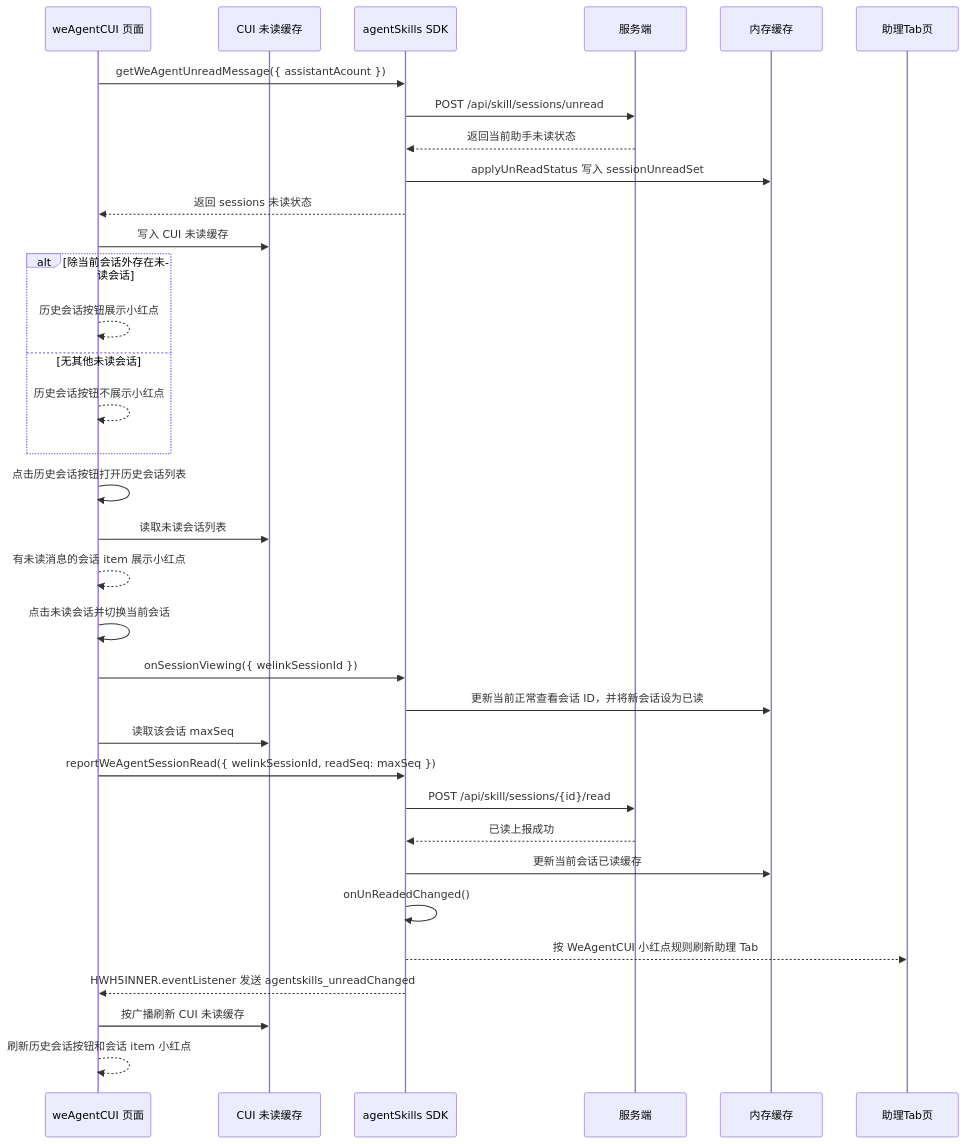
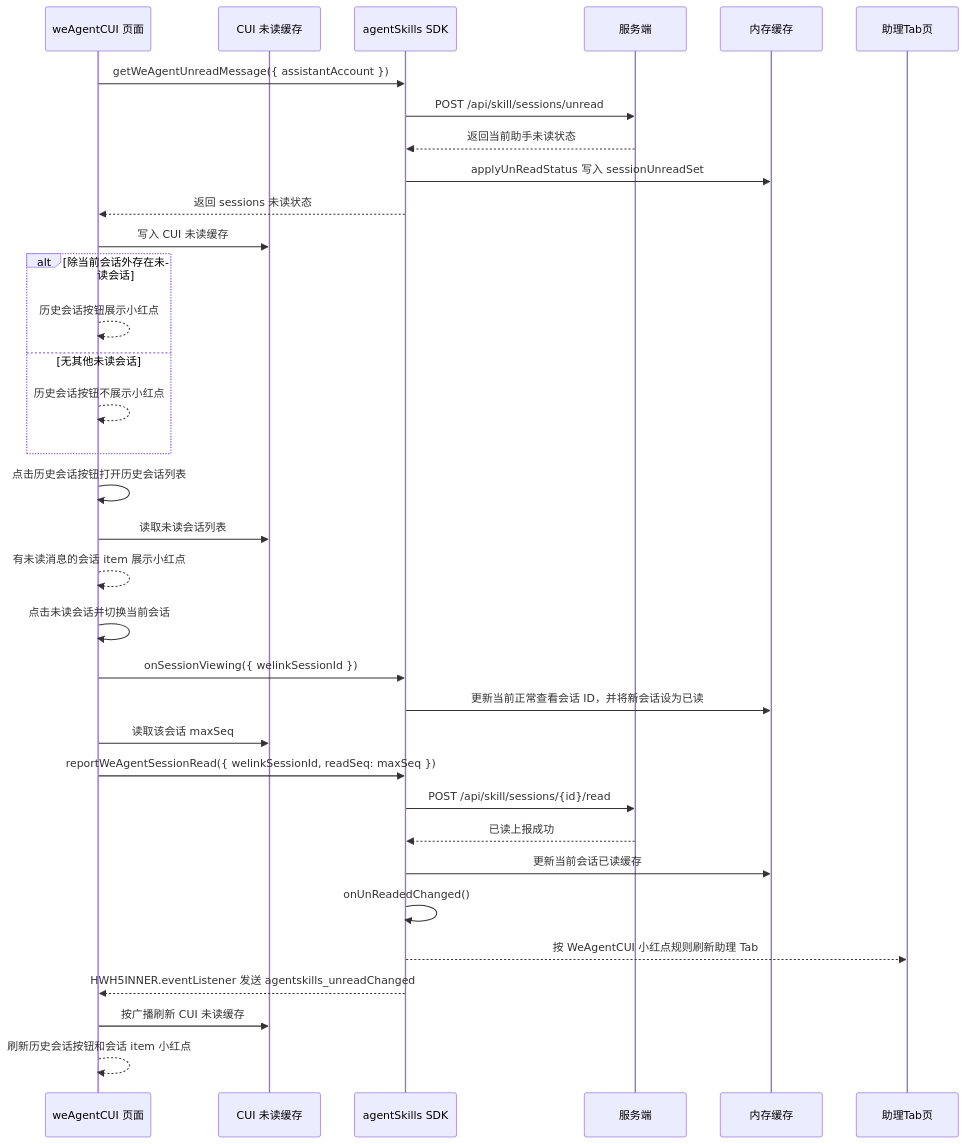
The eighth of 10 diagrams in 2026-06-11-we-agent-tab-unread-red-dot-plan.md (Abelsjcheng/skillSDK), drawn with Mermaid before and after one commit. The commit also changed other lines of this file and 16 other files, not shown here.

````diff
--- a/2026-06-11-we-agent-tab-unread-red-dot-plan.md
+++ b/2026-06-11-we-agent-tab-unread-red-dot-plan.md
@@ -336,37 +336,37 @@
 ```mermaid
 sequenceDiagram
     participant CUI as weAgentCUI 页面
     participant CUICache as CUI 未读缓存
     participant SDK as agentSkills SDK
     participant Server as 服务端
     participant Memory as 内存缓存
     participant Tab as 助理Tab页
 
-    CUI->>SDK: getWeAgentUnreadMessage({ assistantAcount })
+    CUI->>SDK: getWeAgentUnreadMessage({ assistantAccount })
     SDK->>Server: POST /api/skill/sessions/unread
     Server-->>SDK: 返回当前助手未读状态
     SDK->>Memory: applyUnReadStatus 写入 sessionUnreadSet
     SDK-->>CUI: 返回 sessions 未读状态
     CUI->>CUICache: 写入 CUI 未读缓存
     alt 除当前会话外存在未读会话
         CUI-->>CUI: 历史会话按钮展示小红点
     else 无其他未读会话
         CUI-->>CUI: 历史会话按钮不展示小红点
     end
     CUI->>CUI: 点击历史会话按钮打开历史会话列表
     CUI->>CUICache: 读取未读会话列表
     CUI-->>CUI: 有未读消息的会话 item 展示小红点
     CUI->>CUI: 点击未读会话并切换当前会话
     CUI->>SDK: onSessionViewing({ welinkSessionId })
     SDK->>Memory: 更新当前正常查看会话 ID，并将新会话设为已读
     CUI->>CUICache: 读取该会话 maxSeq
     CUI->>SDK: reportWeAgentSessionRead({ welinkSessionId, readSeq: maxSeq })
     SDK->>Server: POST /api/skill/sessions/{id}/read
     Server-->>SDK: 已读上报成功
     SDK->>Memory: 更新当前会话已读缓存
     SDK->>SDK: onUnReadedChanged()
     SDK-->>Tab: 按 WeAgentCUI 小红点规则刷新助理 Tab
     SDK-->>CUI: HWH5INNER.eventListener 发送 agentskills_unreadChanged
     CUI->>CUICache: 按广播刷新 CUI 未读缓存
     CUI-->>CUI: 刷新历史会话按钮和会话 item 小红点
 ```
````
